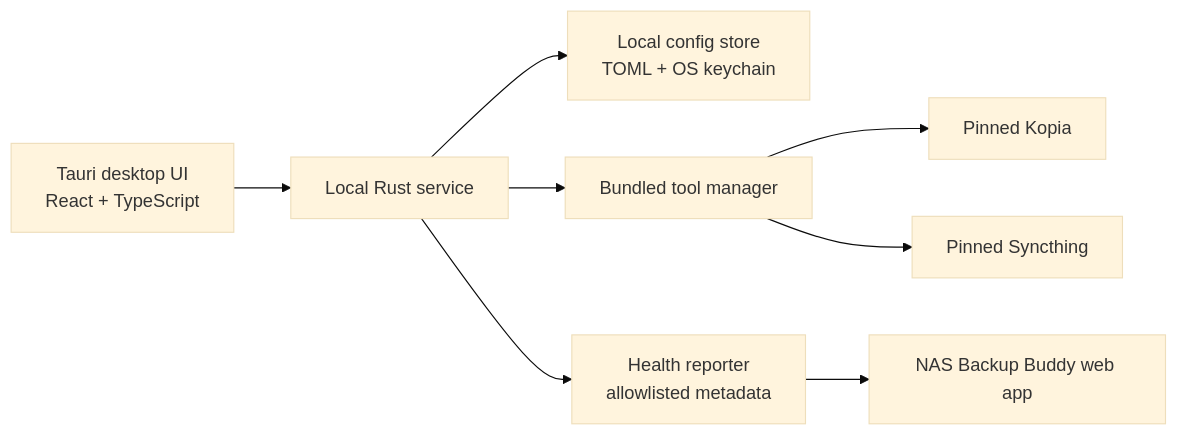
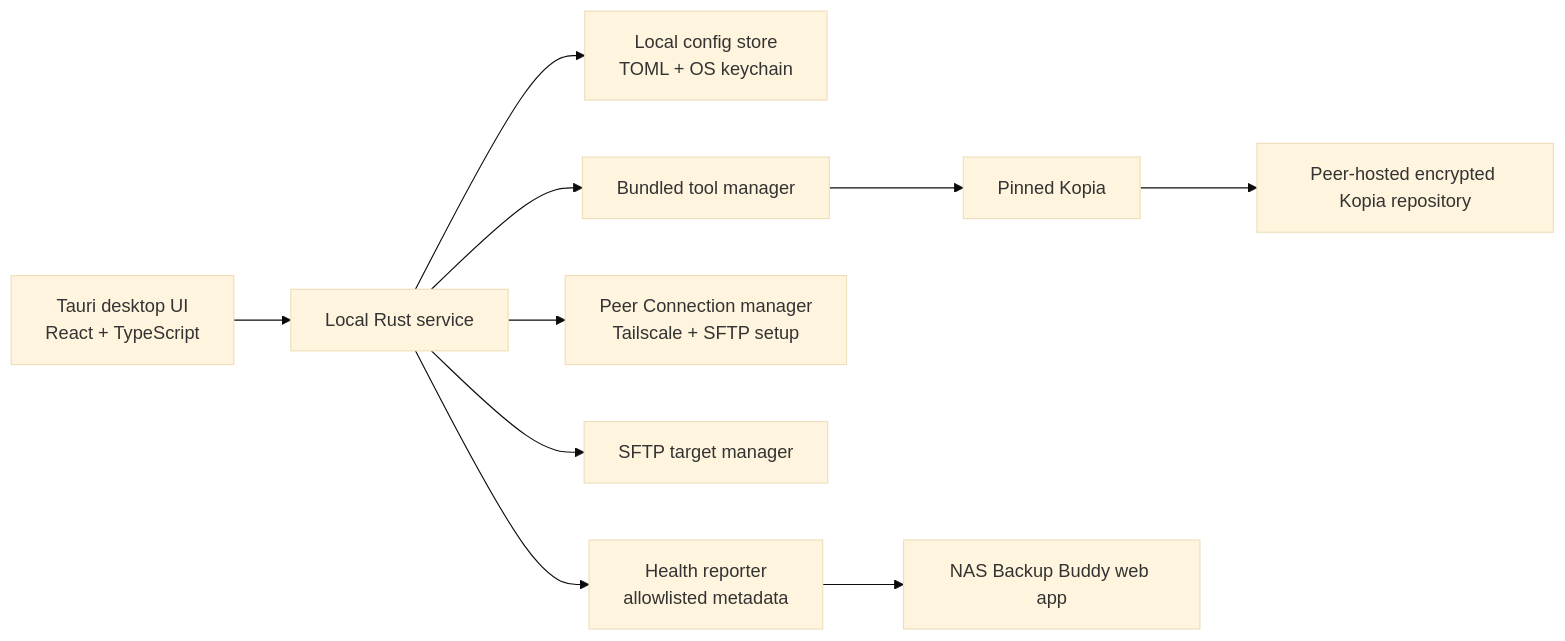
One commit to ayaghini/Nas-backup-buddy changed the first of 6 diagrams in docs/client-app/architecture.md. Above: the diagram before and after it, drawn with Mermaid (base theme). The commit also changed other lines of this file and 50 other files, not shown here.

Commit message:
Refine peer connection host and backup workflows

````diff
--- a/docs/client-app/architecture.md
+++ b/docs/client-app/architecture.md
@@ -7,10 +9,12 @@
 ```mermaid
 flowchart LR
   UI["Tauri desktop UI<br/>React + TypeScript"] --> SVC["Local Rust service"]
   SVC --> CFG["Local config store<br/>TOML + OS keychain"]
   SVC --> TOOLS["Bundled tool manager"]
   TOOLS --> KOPIA["Pinned Kopia"]
-  TOOLS --> SYNCTHING["Pinned Syncthing"]
+  SVC --> OVERLAY["Peer Connection manager<br/>Tailscale + SFTP setup"]
+  SVC --> SFTP["SFTP target manager"]
+  KOPIA --> REMOTE["Peer-hosted encrypted Kopia repository"]
   SVC --> HEALTH["Health reporter<br/>allowlisted metadata"]
   HEALTH --> WEB["NAS Backup Buddy web app"]
 ```
````
